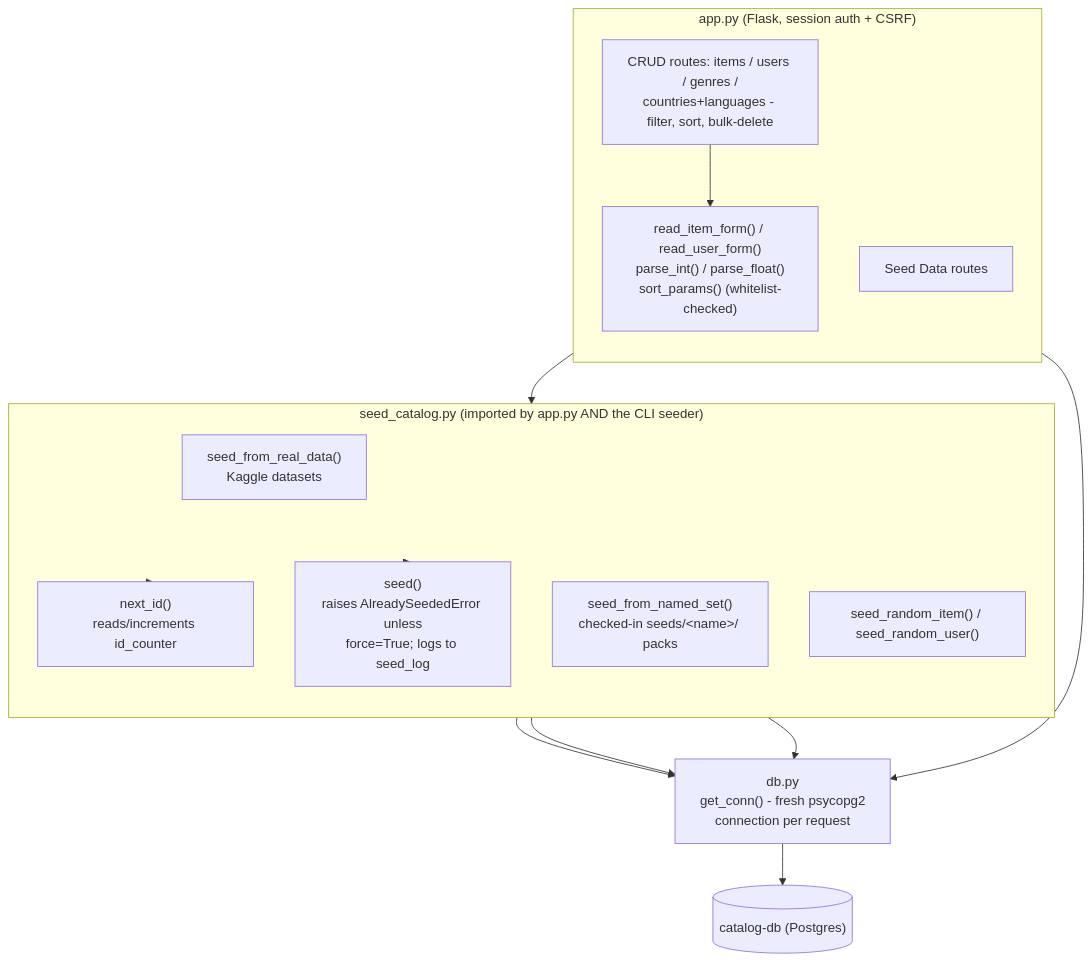
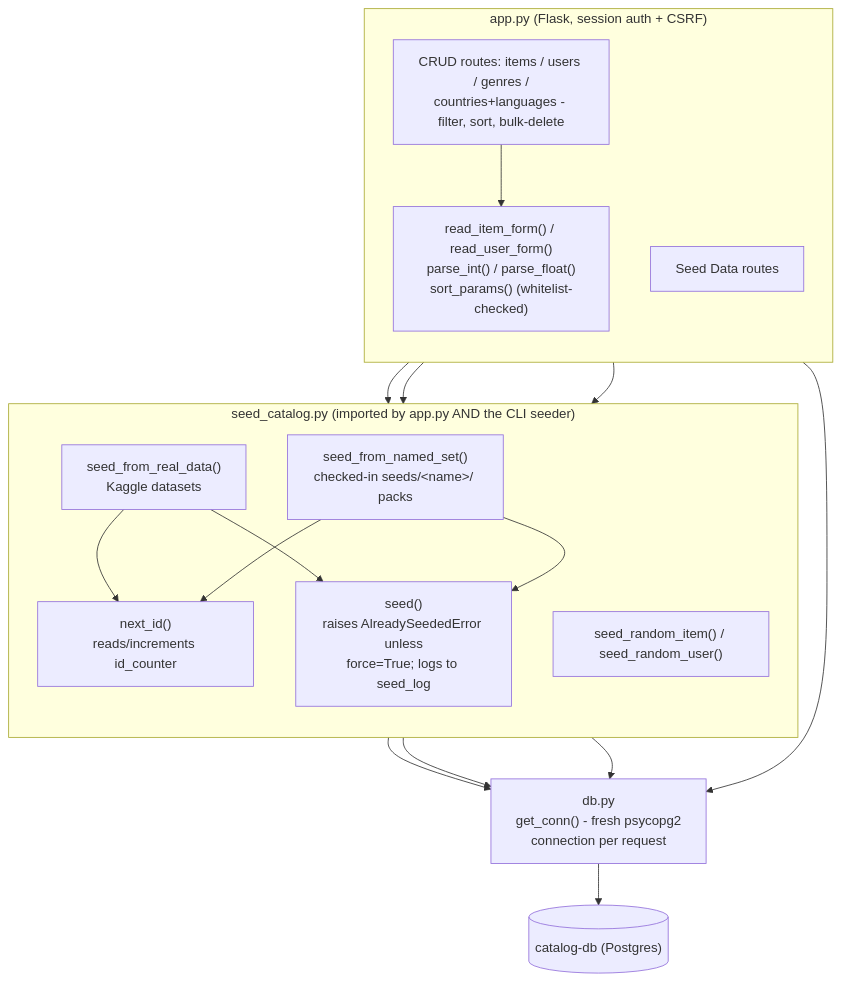
The third of 3 diagrams in catalog-input/README.md (Erik-Schumann/Project_Data_Engineering), drawn with Mermaid before and after one commit. The commit also changed other lines of this file and 2 other files, not shown here.

First line of the commit message:
Fix mermaid rendering in the new internal diagrams

````diff
--- a/catalog-input/README.md
+++ b/catalog-input/README.md
@@ -274,27 +284,33 @@
 ```mermaid
 flowchart TB
     subgraph App["app.py (Flask, session auth + CSRF)"]
         direction TB
         ROUTES["CRUD routes: items / users / genres /<br/>countries+languages - filter, sort, bulk-delete"]
         SEEDROUTE["Seed Data routes"]
         FORMS["read_item_form() / read_user_form()<br/>parse_int() / parse_float()<br/>sort_params() (whitelist-checked)"]
     end
 
     DB["db.py<br/>get_conn() - fresh psycopg2<br/>connection per request"]
 
     subgraph Seed["seed_catalog.py (imported by app.py AND the CLI seeder)"]
         direction TB
         REALDATA["seed_from_real_data()<br/>Kaggle datasets"]
         NAMEDSET["seed_from_named_set()<br/>checked-in seeds/&lt;name&gt;/ packs"]
         RANDOM["seed_random_item() / seed_random_user()"]
         NEXTID["next_id()<br/>reads/increments id_counter"]
         SEEDGUARD["seed()<br/>raises AlreadySeededError unless<br/>force=True; logs to seed_log"]
+        REALDATA --> NEXTID
+        NAMEDSET --> NEXTID
+        REALDATA --> SEEDGUARD
+        NAMEDSET --> SEEDGUARD
     end
 
     ROUTES --> FORMS --> DB
-    SEEDROUTE --> Seed
-    Seed --> NEXTID
-    Seed --> SEEDGUARD
-    REALDATA & NAMEDSET & RANDOM --> DB
+    SEEDROUTE --> REALDATA
+    SEEDROUTE --> NAMEDSET
+    SEEDROUTE --> RANDOM
+    REALDATA --> DB
+    NAMEDSET --> DB
+    RANDOM --> DB
     DB --> CIDB[("catalog-db (Postgres)")]
 ```
````
